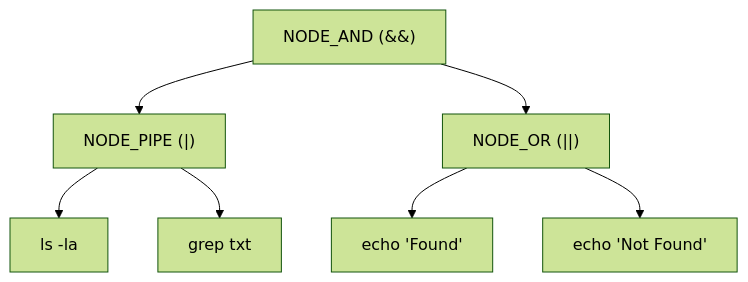
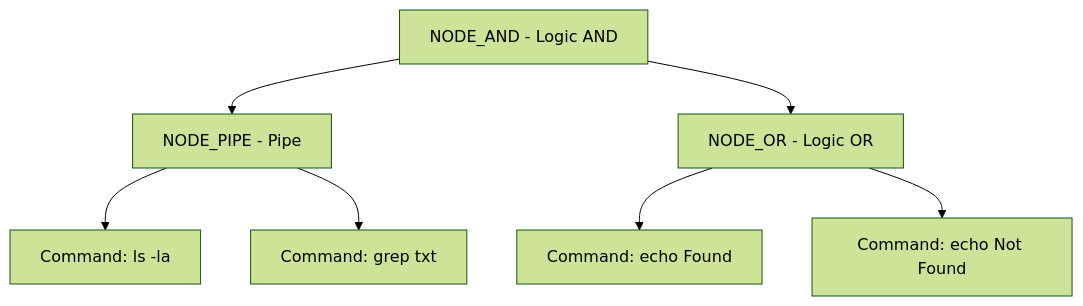
The diagram in wiki/requirements/bonus.md (42GS/minishell-wiki), drawn with Mermaid (forest theme) before and after one commit. The commit also changed 10 other files, not shown here.

Commit message:
[#1] fix(docs): resolve all mermaid syntax errors and broken render issues across wiki

````diff
--- a/wiki/requirements/bonus.md
+++ b/wiki/requirements/bonus.md
@@ -31,17 +31,17 @@
 ```mermaid
 graph TD
-    Root["NODE_AND (&&)"]
-    L1["NODE_PIPE (|)"]
-    R1["NODE_OR (||)"]
-    Cmd1["ls -la"]
-    Cmd2["grep txt"]
-    Cmd3["echo 'Found'"]
-    Cmd4["echo 'Not Found'"]
+    Root["NODE_AND - Logic AND"]
+    L1["NODE_PIPE - Pipe"]
+    R1["NODE_OR - Logic OR"]
+    Cmd1["Command: ls -la"]
+    Cmd2["Command: grep txt"]
+    Cmd3["Command: echo Found"]
+    Cmd4["Command: echo Not Found"]
 
     Root --> L1
     Root --> R1
     L1 --> Cmd1
     L1 --> Cmd2
     R1 --> Cmd3
     R1 --> Cmd4
 ```
````
